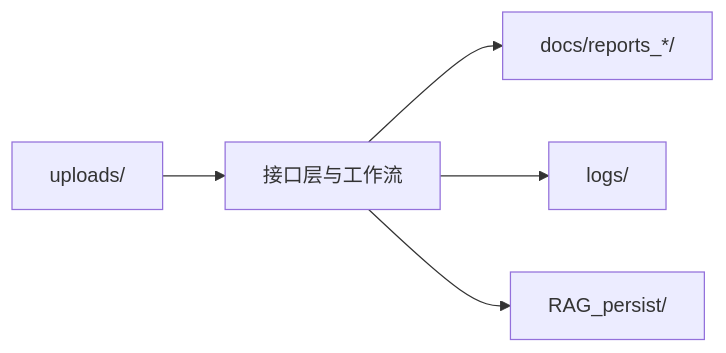
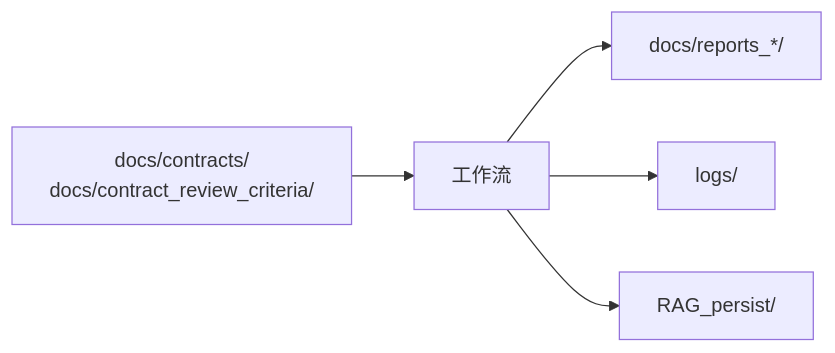
The sixth of 6 diagrams in project_intro/ARCHITECTURE.md (HoeTee/contract_agent), drawn with Mermaid before and after one commit. The commit also changed other lines of this file and 10 other files, not shown here.

````diff
--- a/project_intro/ARCHITECTURE.md
+++ b/project_intro/ARCHITECTURE.md
@@ -293,12 +284,12 @@
 ```mermaid
 flowchart LR
-    Uploads[uploads/]
+    Inputs[docs/contracts/<br/>docs/contract_review_criteria/]
     Reports[docs/reports_*/]
     Logs[logs/]
     Rag[RAG_persist/]
 
-    Uploads --> APIState[接口层与工作流]
-    APIState --> Reports
-    APIState --> Logs
-    APIState --> Rag
+    Inputs --> Workflow[工作流]
+    Workflow --> Reports
+    Workflow --> Logs
+    Workflow --> Rag
 ```
````
